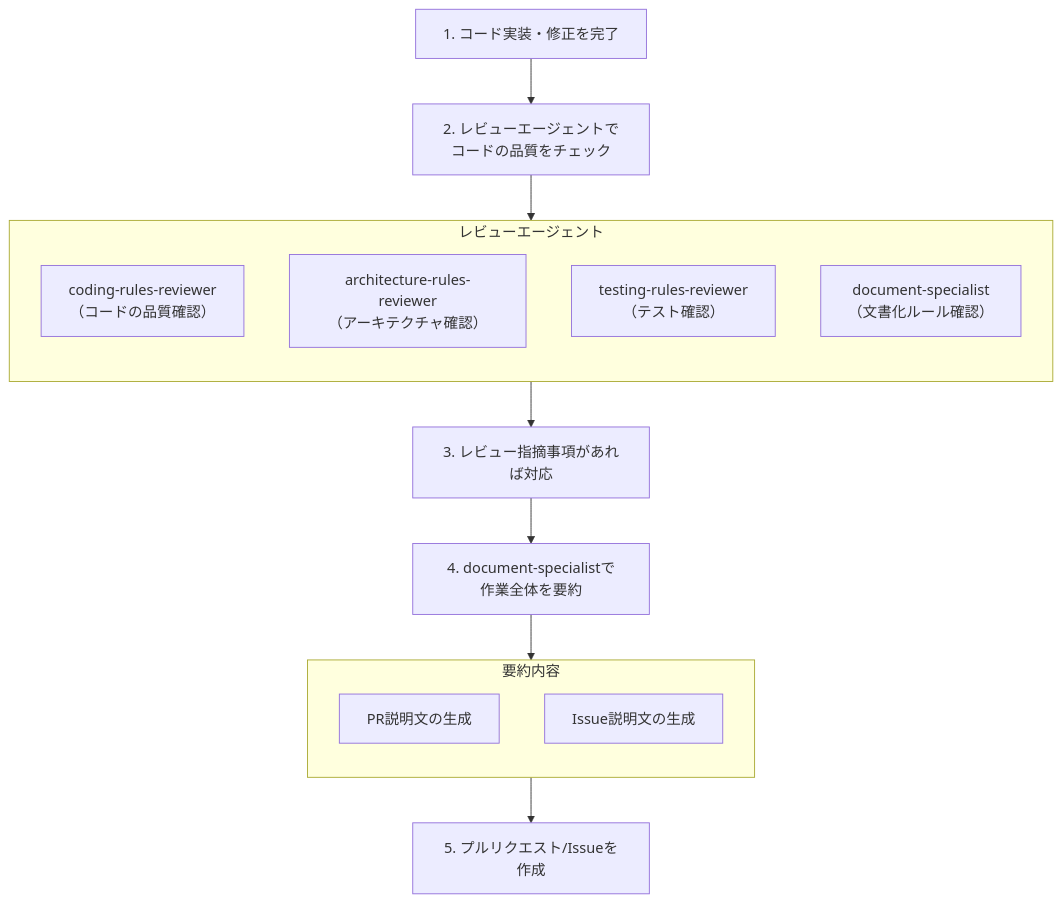
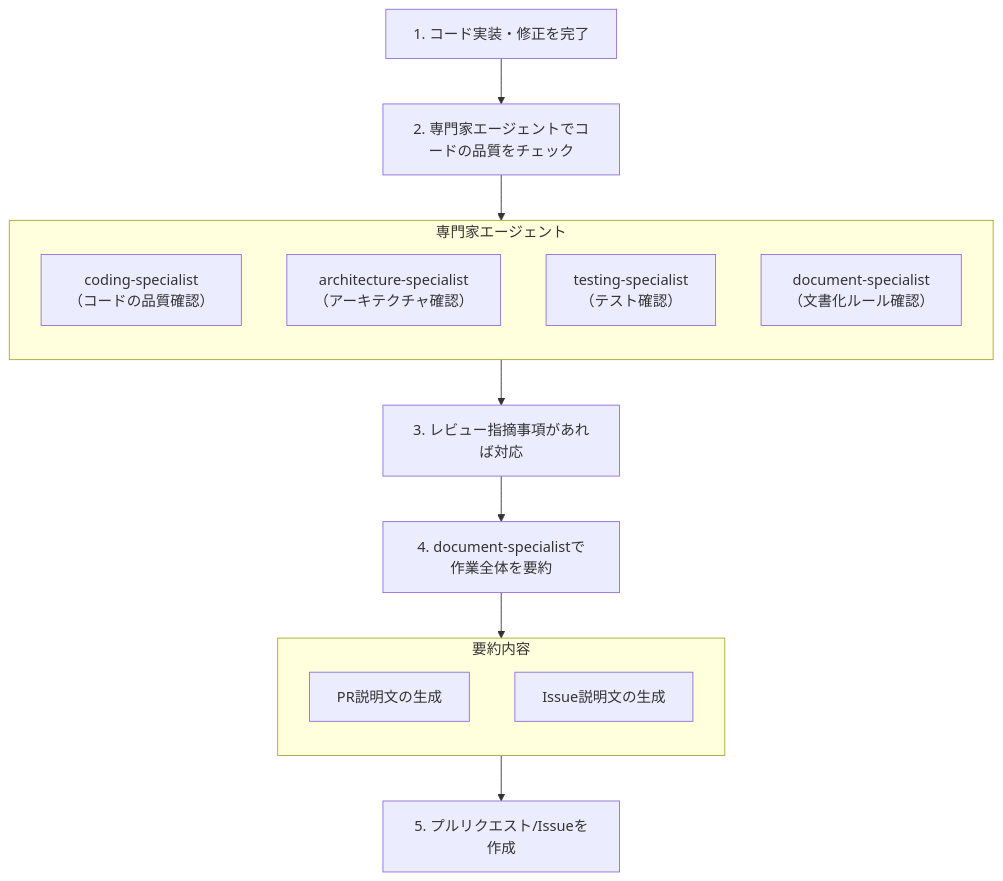
The diagram in docs/07_document_rules.md (canpok1/ai-feed), drawn with Mermaid before and after one commit. The commit also changed other lines of this file and 9 other files, not shown here.

````diff
--- a/docs/07_document_rules.md
+++ b/docs/07_document_rules.md
@@ -148,25 +148,25 @@
 ```mermaid
 graph TD
-    A["1. コード実装・修正を完了"] --> B["2. レビューエージェントでコードの品質をチェック"]
+    A["1. コード実装・修正を完了"] --> B["2. 専門家エージェントでコードの品質をチェック"]
 
-    subgraph review ["レビューエージェント"]
+    subgraph review ["専門家エージェント"]
         direction TB
-        B1["coding-rules-reviewer<br/>（コードの品質確認）"]
-        B2["architecture-rules-reviewer<br/>（アーキテクチャ確認）"]
-        B3["testing-rules-reviewer<br/>（テスト確認）"]
+        B1["coding-specialist<br/>（コードの品質確認）"]
+        B2["architecture-specialist<br/>（アーキテクチャ確認）"]
+        B3["testing-specialist<br/>（テスト確認）"]
         B4["document-specialist<br/>（文書化ルール確認）"]
     end
 
     B --> review
     review --> C["3. レビュー指摘事項があれば対応"]
     C --> D["4. document-specialistで作業全体を要約"]
 
     subgraph summary ["要約内容"]
         direction TB
         D1["PR説明文の生成"]
         D2["Issue説明文の生成"]
     end
 
     D --> summary
     summary --> E["5. プルリクエスト/Issueを作成"]
 ```
````
